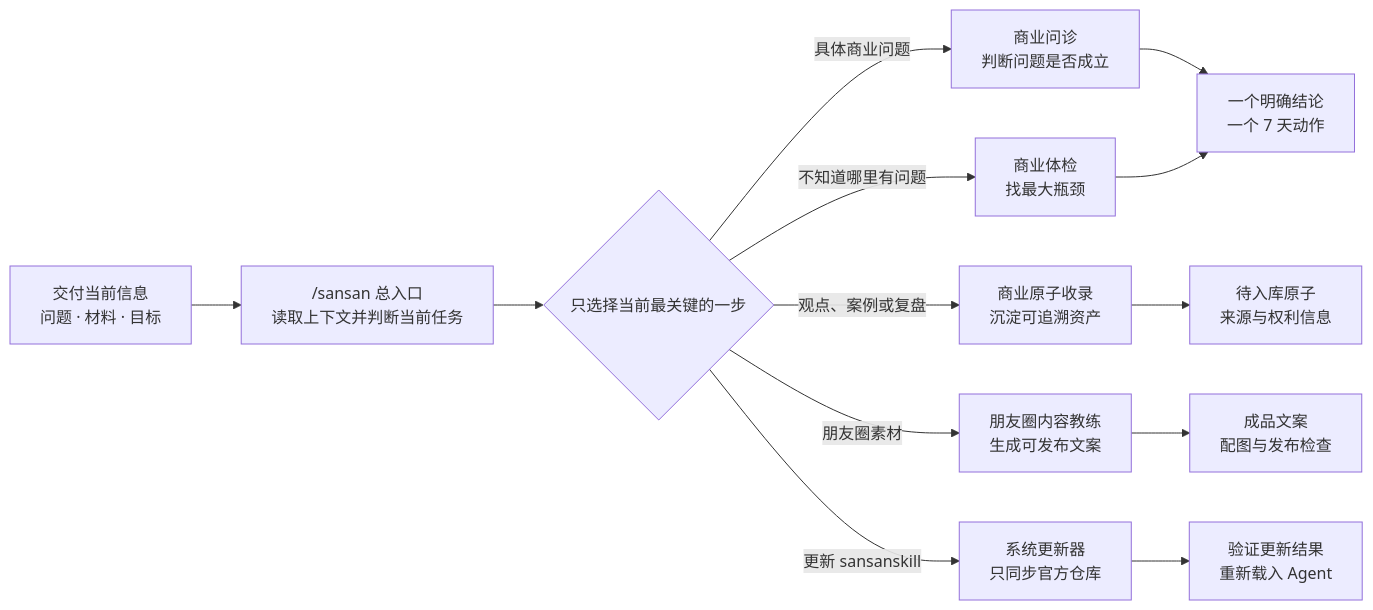
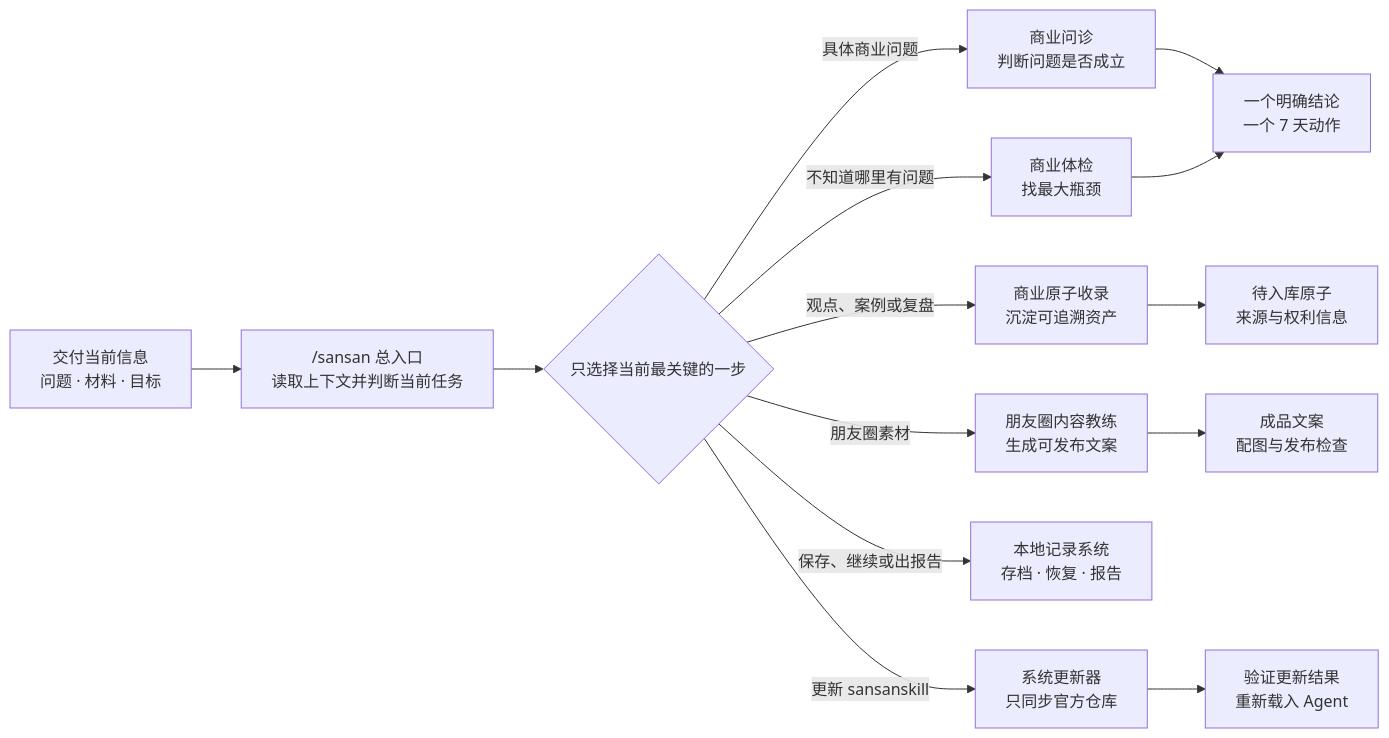
Before and after one commit to sansan19900801/sansanskill: the diagram in README.md, drawn with Mermaid. The commit also changed other lines of this file and 20 other files, not shown here.

````diff
--- a/README.md
+++ b/README.md
@@ -19,15 +19,16 @@
 ```mermaid
 flowchart LR
     A["交付当前信息<br/>问题 · 材料 · 目标"] --> B["/sansan 总入口<br/>读取上下文并判断当前任务"]
     B --> C{"只选择当前最关键的一步"}
     C -->|具体商业问题| D["商业问诊<br/>判断问题是否成立"]
     C -->|不知道哪里有问题| E["商业体检<br/>找最大瓶颈"]
     C -->|观点、案例或复盘| F["商业原子收录<br/>沉淀可追溯资产"]
     C -->|朋友圈素材| G["朋友圈内容教练<br/>生成可发布文案"]
+    C -->|保存、继续或出报告| M["本地记录系统<br/>存档 · 恢复 · 报告"]
     C -->|更新 sansanskill| K["系统更新器<br/>只同步官方仓库"]
     D --> H["一个明确结论<br/>一个 7 天动作"]
     E --> H
     F --> I["待入库原子<br/>来源与权利信息"]
     G --> J["成品文案<br/>配图与发布检查"]
     K --> L["验证更新结果<br/>重新载入 Agent"]
 ```
````
